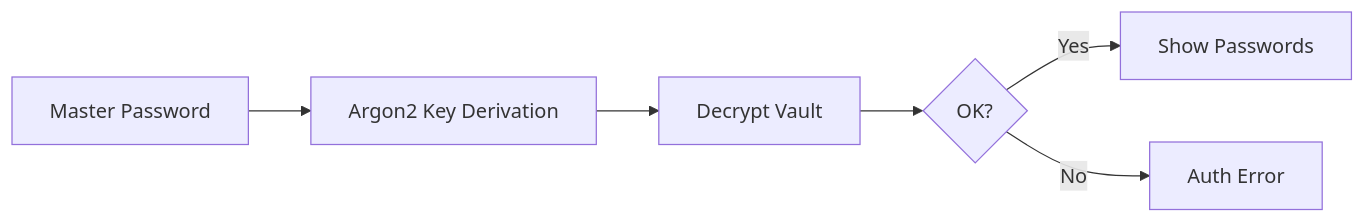
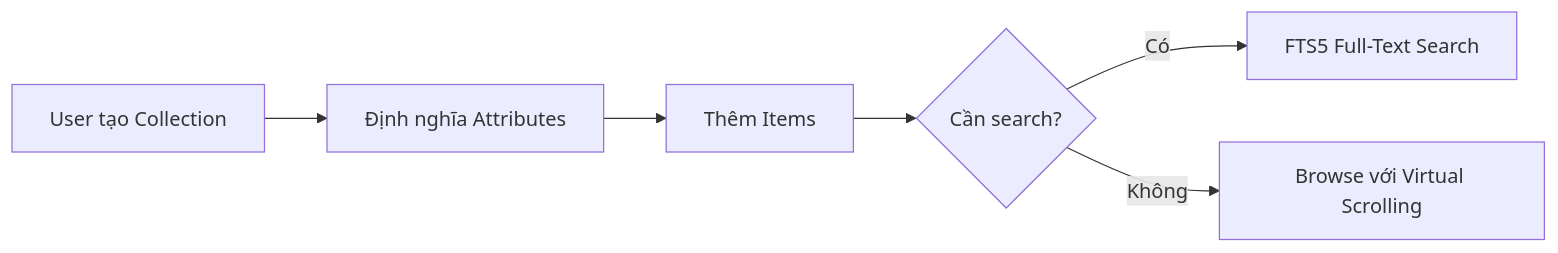
One commit to huy1235588/Vaultrs changed the diagram in docs/00-meta/3-how-to-document.md. Above: the diagram before and after it, drawn with Mermaid. The commit also changed other lines of this file and 16 other files, not shown here.

````diff
--- a/docs/00-meta/3-how-to-document.md
+++ b/docs/00-meta/3-how-to-document.md
@@ -38,8 +38,8 @@
 ```mermaid
 graph LR
-    A[Master Password] --> B[Argon2 Key Derivation]
-    B --> C[Decrypt Vault]
-    C --> D{OK?}
-    D -->|Yes| E[Show Passwords]
-    D -->|No| F[Auth Error]
+    A[User tạo Collection] --> B[Định nghĩa Attributes]
+    B --> C[Thêm Items]
+    C --> D{Cần search?}
+    D -->|Có| E[FTS5 Full-Text Search]
+    D -->|Không| F[Browse với Virtual Scrolling]
 ```
````
